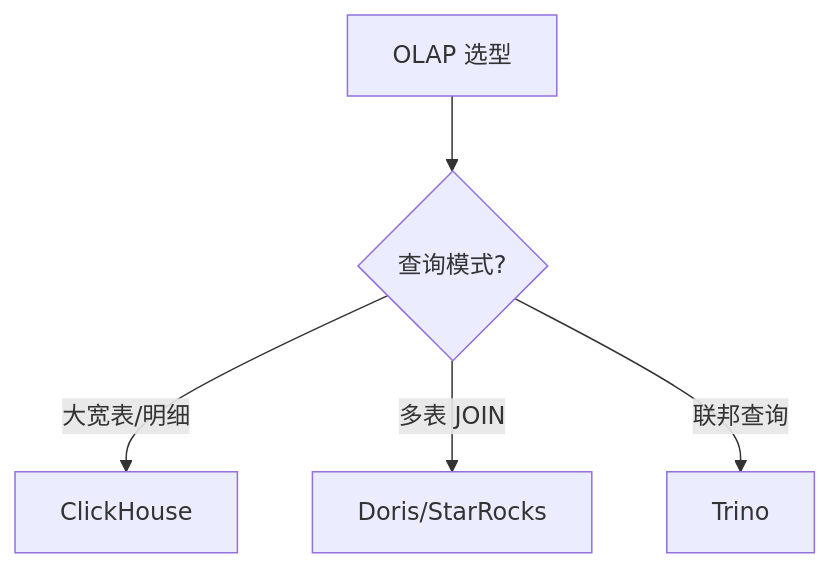
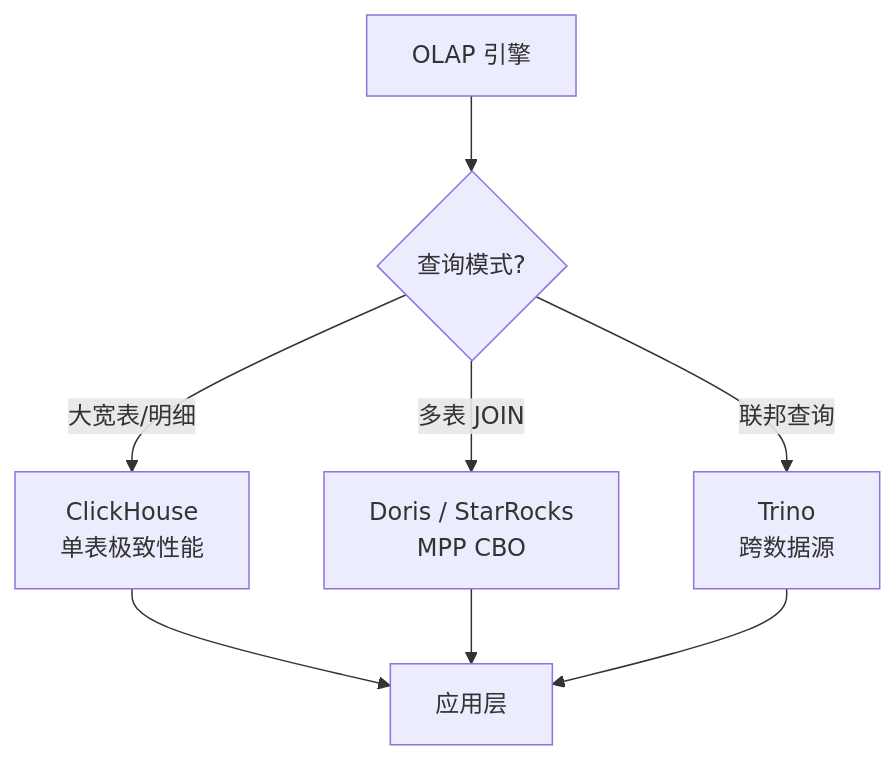
Before and after one commit to wb04307201/wb04307201: the diagram in note/10.big-data/05-olap/README.md, drawn with Mermaid. The commit also changed other lines of this file and 10 other files, not shown here.

````diff
--- a/note/10.big-data/05-olap/README.md
+++ b/note/10.big-data/05-olap/README.md
@@ -43,7 +39,10 @@
 ```mermaid
 flowchart TD
-    A[OLAP 选型] --> B{查询模式?}
-    B -->|大宽表/明细| C[ClickHouse]
-    B -->|多表 JOIN| D[Doris/StarRocks]
-    B -->|联邦查询| E[Trino]
+    A[OLAP 引擎] --> B{查询模式?}
+    B -->|大宽表/明细| C[ClickHouse<br/>单表极致性能]
+    B -->|多表 JOIN| D[Doris / StarRocks<br/>MPP CBO]
+    B -->|联邦查询| E[Trino<br/>跨数据源]
+    C --> F[应用层]
+    D --> F
+    E --> F
 ```
````
